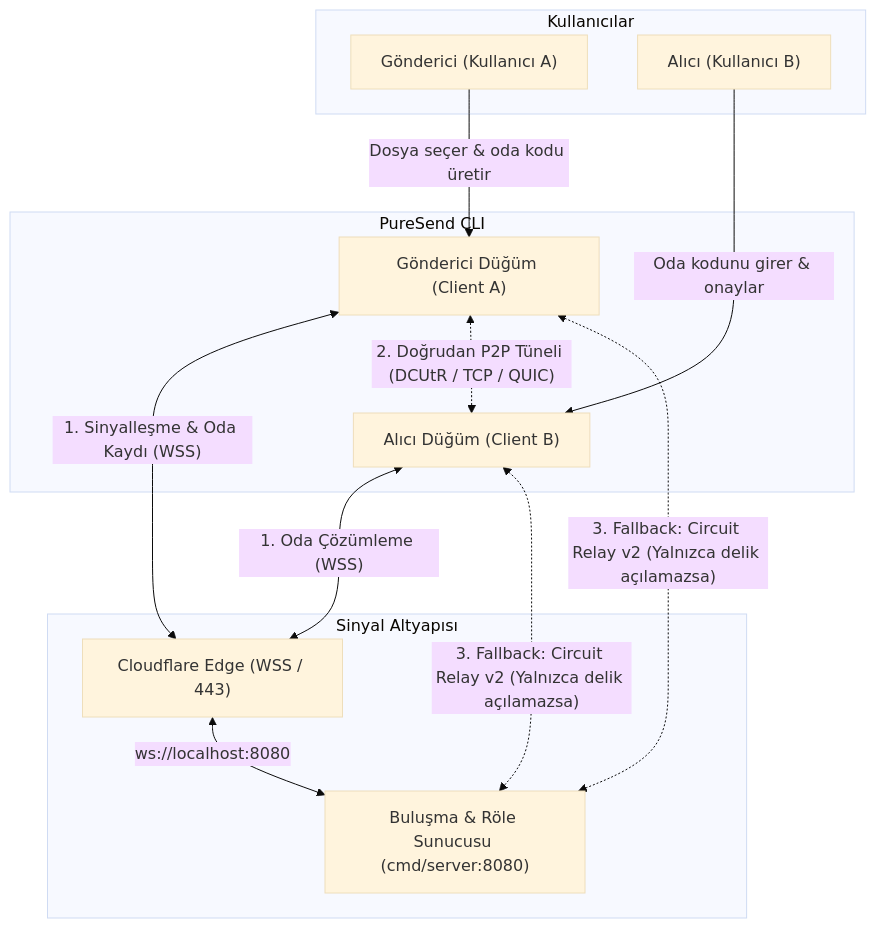
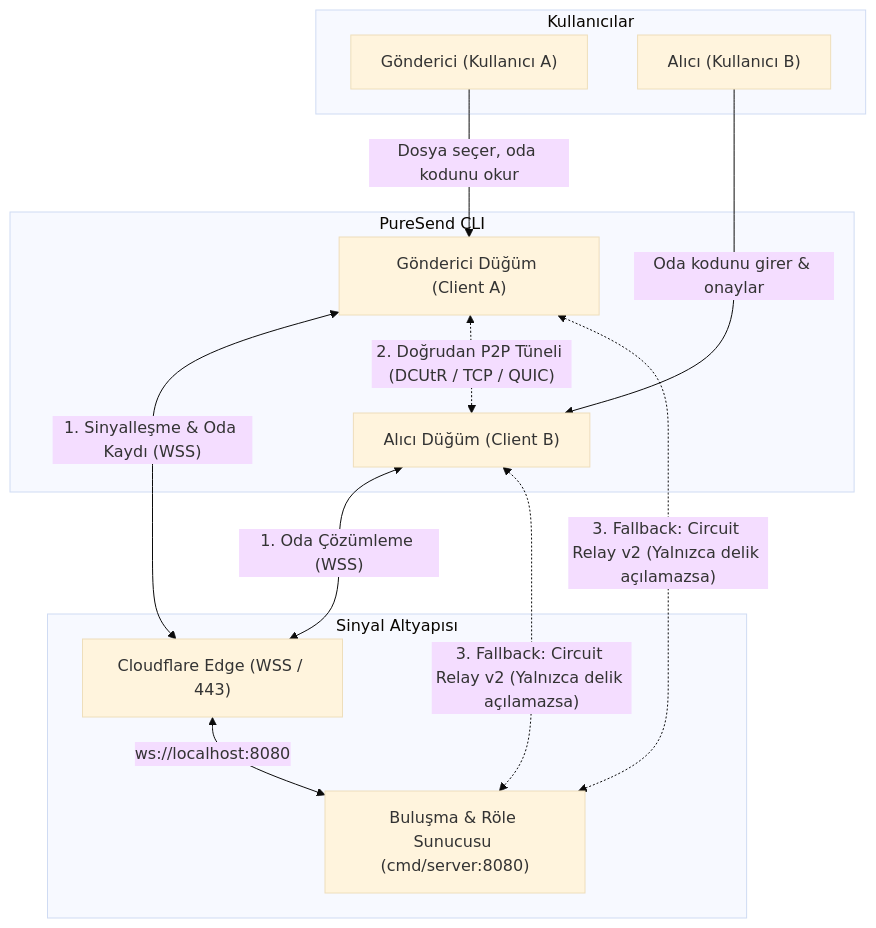
One commit to Baaaki/P2P-FileTransfer-Project changed the first of 3 diagrams in docs/ARCHITECTURE.md. Above: the diagram before and after it, drawn with Mermaid (base theme). The commit also changed other lines of this file and 40 other files, not shown here.

````diff
--- a/docs/ARCHITECTURE.md
+++ b/docs/ARCHITECTURE.md
@@ -11,28 +11,28 @@
 ```mermaid
 flowchart TB
     subgraph Users["Kullanıcılar"]
         SenderUser["Gönderici (Kullanıcı A)"]
         ReceiverUser["Alıcı (Kullanıcı B)"]
     end
 
     subgraph PureSendSystem["PureSend CLI"]
         SenderApp["Gönderici Düğüm (Client A)"]
         ReceiverApp["Alıcı Düğüm (Client B)"]
     end
 
     subgraph Infrastructure["Sinyal Altyapısı"]
         CFEdge["Cloudflare Edge (WSS / 443)"]
         RendezvousServer["Buluşma & Röle Sunucusu (cmd/server:8080)"]
     end
 
-    SenderUser -->|"Dosya seçer & oda kodu üretir"| SenderApp
+    SenderUser -->|"Dosya seçer, oda kodunu okur"| SenderApp
     ReceiverUser -->|"Oda kodunu girer & onaylar"| ReceiverApp
 
     SenderApp <-->|"1. Sinyalleşme & Oda Kaydı (WSS)"| CFEdge
     ReceiverApp <-->|"1. Oda Çözümleme (WSS)"| CFEdge
     CFEdge <-->|"ws://localhost:8080"| RendezvousServer
 
     SenderApp <-.->|"2. Doğrudan P2P Tüneli (DCUtR / TCP / QUIC)"| ReceiverApp
     SenderApp <-.->|"3. Fallback: Circuit Relay v2 (Yalnızca delik açılamazsa)"| RendezvousServer
     ReceiverApp <-.->|"3. Fallback: Circuit Relay v2 (Yalnızca delik açılamazsa)"| RendezvousServer
 ```
````
